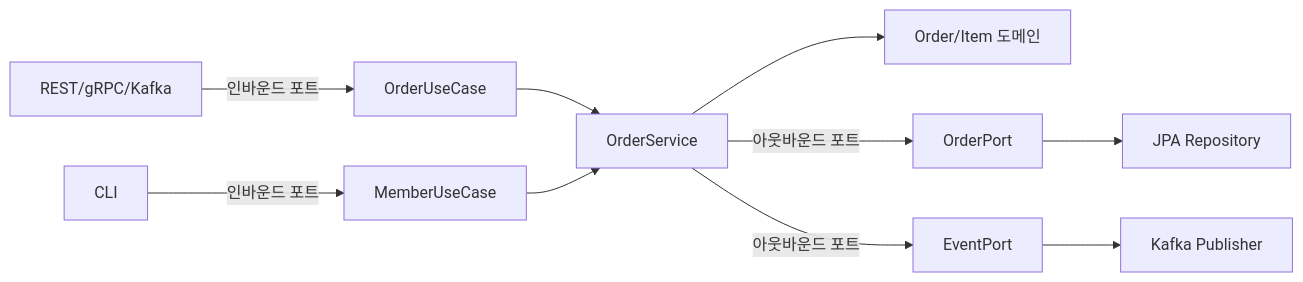
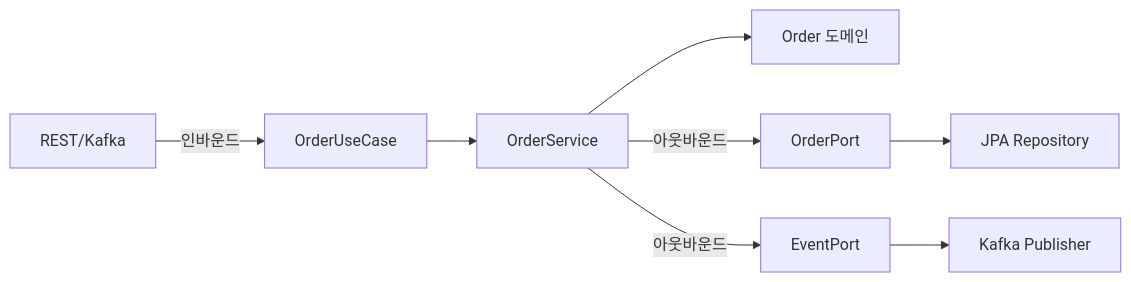
Before and after one commit to yjkim2015/yjkim2015.github.io: the third of 3 diagrams in _posts/spring/2026-05-02-clean-spring-hexagonal.md, drawn with Mermaid. The commit also changed other lines of this file and 155 other files, not shown here.

First line of the commit message:
Mermaid 전면 수정: subgraph 제거, participant/노드/줄수 축소 (342블록)

````diff
--- a/_posts/spring/2026-05-02-clean-spring-hexagonal.md
+++ b/_posts/spring/2026-05-02-clean-spring-hexagonal.md
@@ -217,12 +212,10 @@
 ```mermaid
 graph LR
-    A[REST/gRPC/Kafka] -->|인바운드 포트| E[OrderUseCase]
-    B[CLI] -->|인바운드 포트| F[MemberUseCase]
+    A[REST/Kafka] -->|인바운드| E[OrderUseCase]
     E --> G[OrderService]
-    F --> G
-    G --> H[Order/Item 도메인]
-    G -->|아웃바운드 포트| J[OrderPort]
-    G -->|아웃바운드 포트| L[EventPort]
+    G --> H[Order 도메인]
+    G -->|아웃바운드| J[OrderPort]
+    G -->|아웃바운드| L[EventPort]
     J --> M[JPA Repository]
     L --> O[Kafka Publisher]
 ```
````
